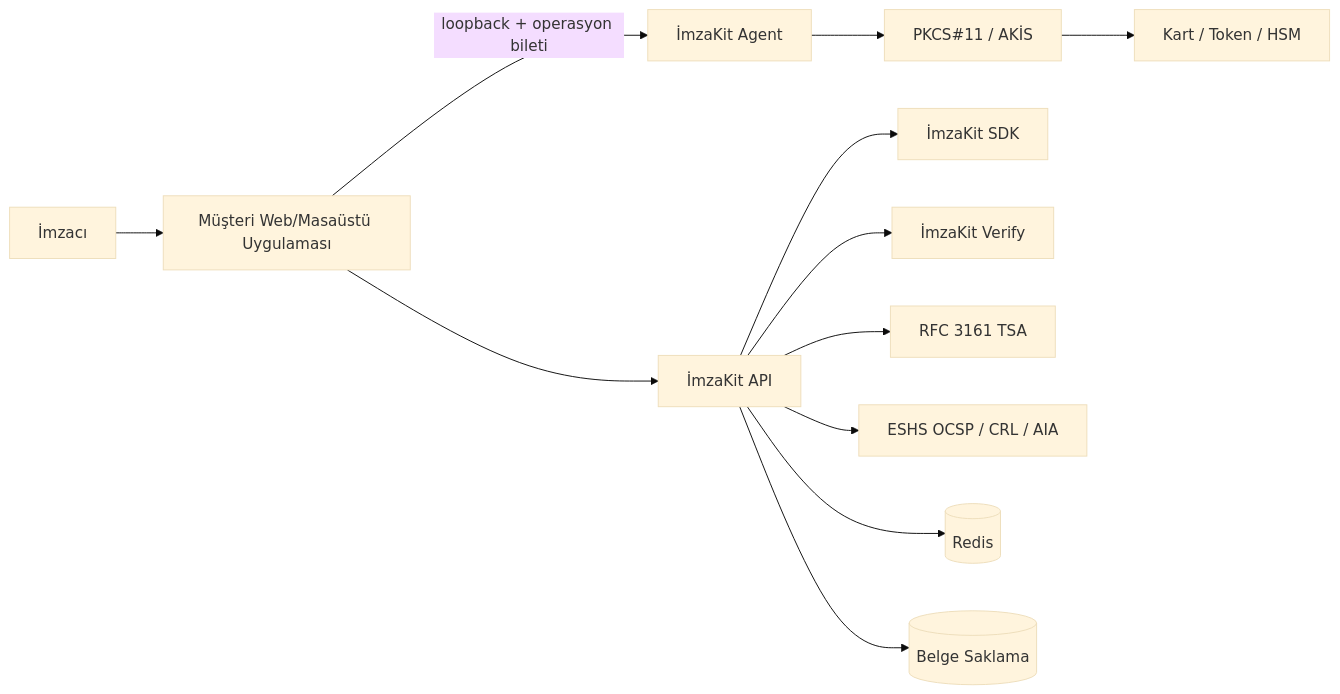
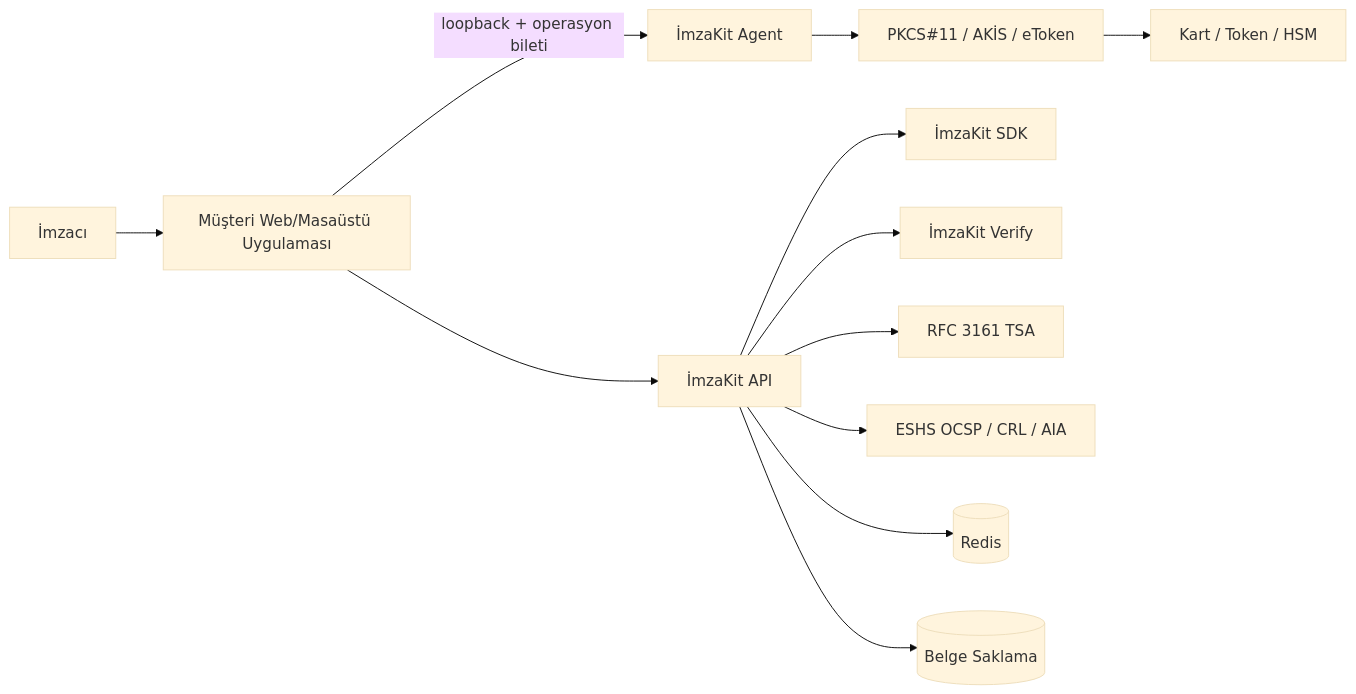
One commit to yasinilkalp/imzakit changed the first of 3 diagrams in frd/mimari/sistem-mimarisi.md. Above: the diagram before and after it, drawn with Mermaid (base theme). The commit also changed 34 other files, not shown here.

Commit message:
feat: add eToken PKCS#11 profile and ship 1.0.0-alpha.7

````diff
--- a/frd/mimari/sistem-mimarisi.md
+++ b/frd/mimari/sistem-mimarisi.md
@@ -5,14 +5,14 @@
 ```mermaid
 flowchart LR
     U[İmzacı] --> W[Müşteri Web/Masaüstü Uygulaması]
     W --> API[İmzaKit API]
     W -->|loopback + operasyon bileti| A[İmzaKit Agent]
-    A --> P11[PKCS#11 / AKİS]
+    A --> P11[PKCS#11 / AKİS / eToken]
     P11 --> K[Kart / Token / HSM]
     API --> SDK[İmzaKit SDK]
     API --> V[İmzaKit Verify]
     API --> TSA[RFC 3161 TSA]
     API --> E[ESHS OCSP / CRL / AIA]
     API --> R[(Redis)]
     API --> D[(Belge Saklama)]
 ```
````
